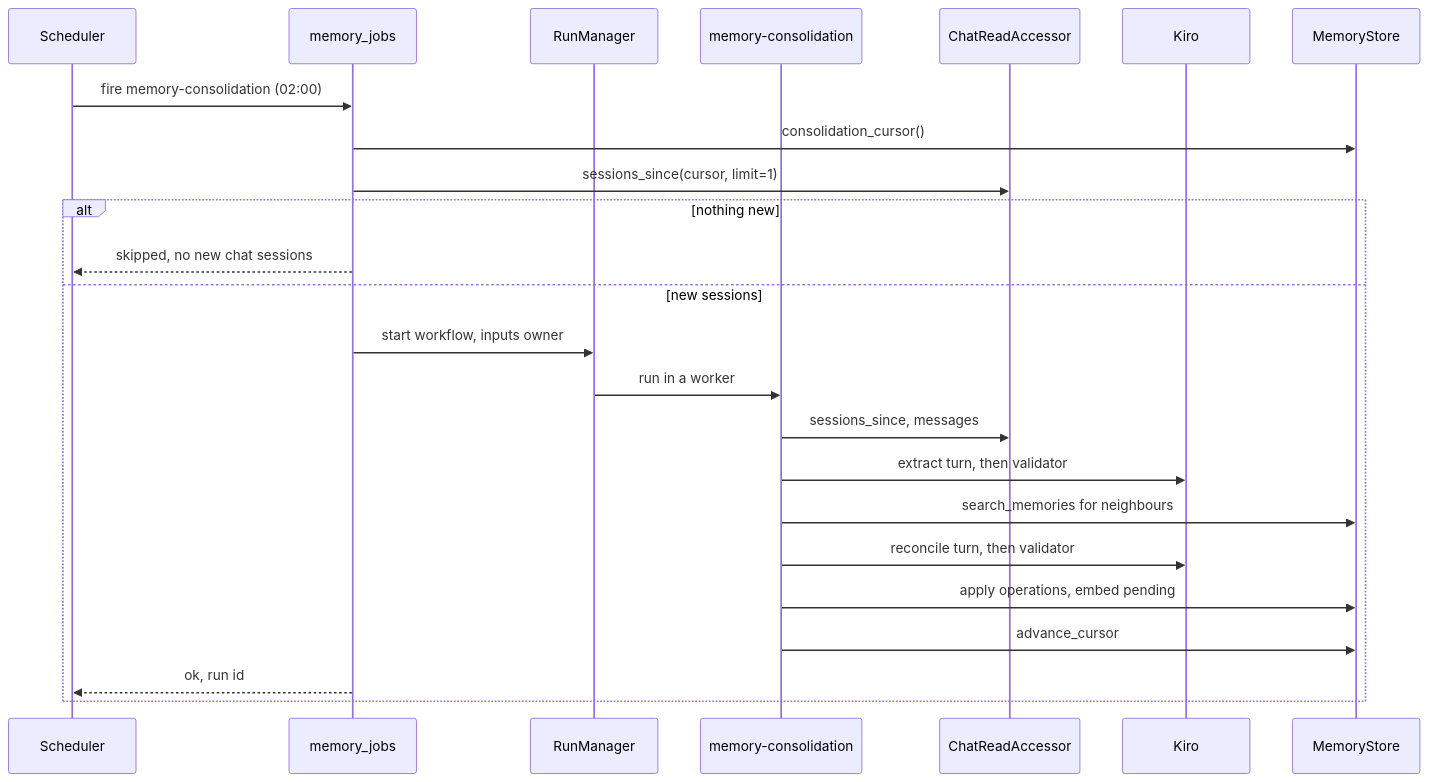
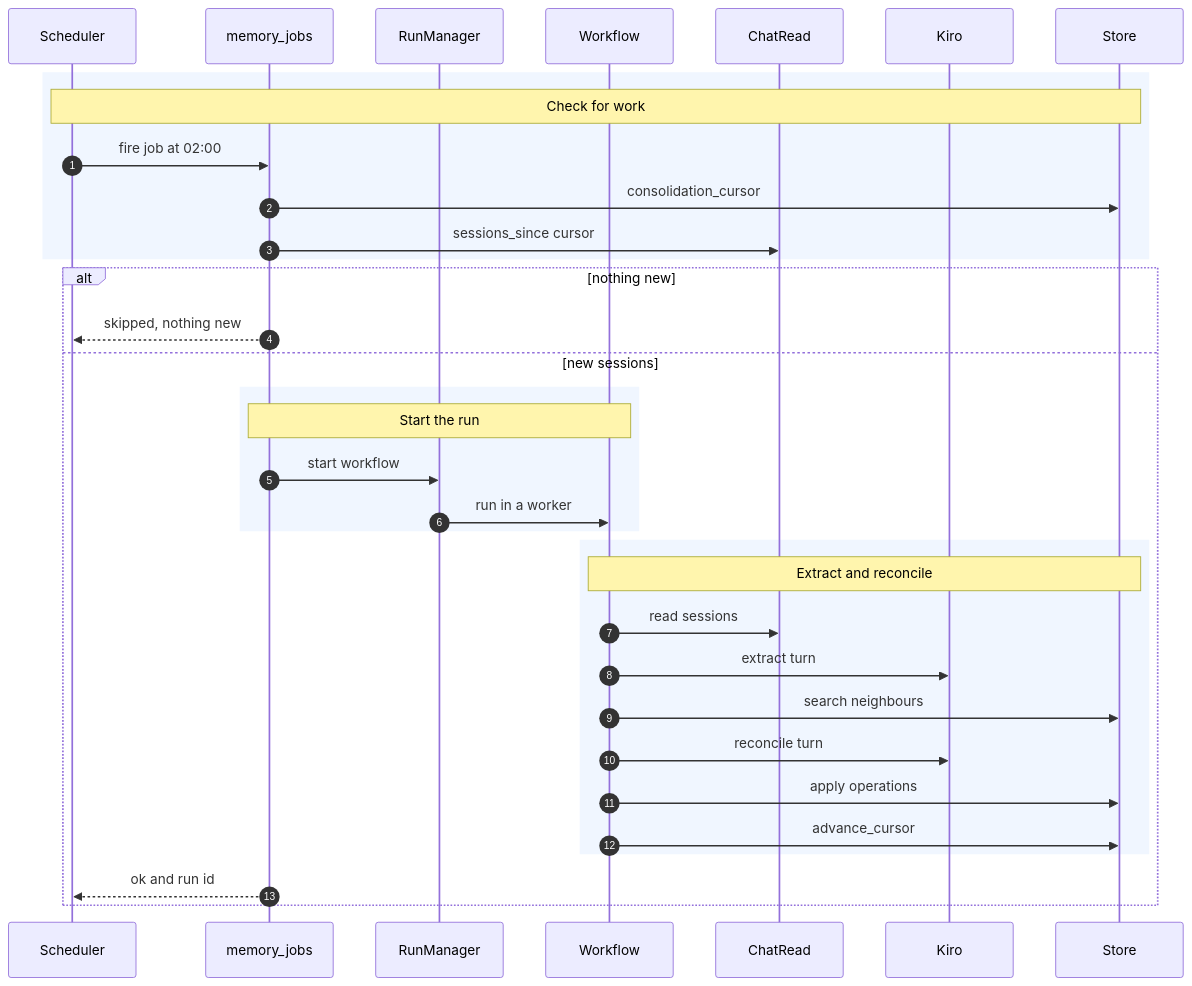
Before and after one commit to ram-020998/project-tracker: the third of 3 diagrams in genesis/architecture/modules/memory.md, drawn with Mermaid. The commit also changed other lines of this file and 24 other files, not shown here.

First line of the commit message:
architecture: rewrite all 86 Mermaid diagrams to one C4 style, each render-checked

````diff
--- a/genesis/architecture/modules/memory.md
+++ b/genesis/architecture/modules/memory.md
@@ -199,27 +201,36 @@
 ```mermaid
 sequenceDiagram
+    autonumber
     participant S as Scheduler
     participant J as memory_jobs
     participant RM as RunManager
-    participant W as memory-consolidation
-    participant C as ChatReadAccessor
+    participant W as Workflow
+    participant C as ChatRead
     participant K as Kiro
-    participant M as MemoryStore
-
-    S->>J: fire memory-consolidation (02:00)
-    J->>M: consolidation_cursor()
-    J->>C: sessions_since(cursor, limit=1)
+    participant M as Store
+    rect rgb(240, 246, 255)
+        Note over S,M: Check for work
+        S->>J: fire job at 02:00
+        J->>M: consolidation_cursor
+        J->>C: sessions_since cursor
+    end
     alt nothing new
-        J-->>S: skipped, no new chat sessions
+        J-->>S: skipped, nothing new
     else new sessions
-        J->>RM: start workflow, inputs owner
-        RM->>W: run in a worker
-        W->>C: sessions_since, messages
-        W->>K: extract turn, then validator
-        W->>M: search_memories for neighbours
-        W->>K: reconcile turn, then validator
-        W->>M: apply operations, embed pending
-        W->>M: advance_cursor
-        J-->>S: ok, run id
+        rect rgb(240, 246, 255)
+            Note over J,W: Start the run
+            J->>RM: start workflow
+            RM->>W: run in a worker
+        end
+        rect rgb(240, 246, 255)
+            Note over W,M: Extract and reconcile
+            W->>C: read sessions
+            W->>K: extract turn
+            W->>M: search neighbours
+            W->>K: reconcile turn
+            W->>M: apply operations
+            W->>M: advance_cursor
+        end
+        J-->>S: ok and run id
     end
 ```
````
